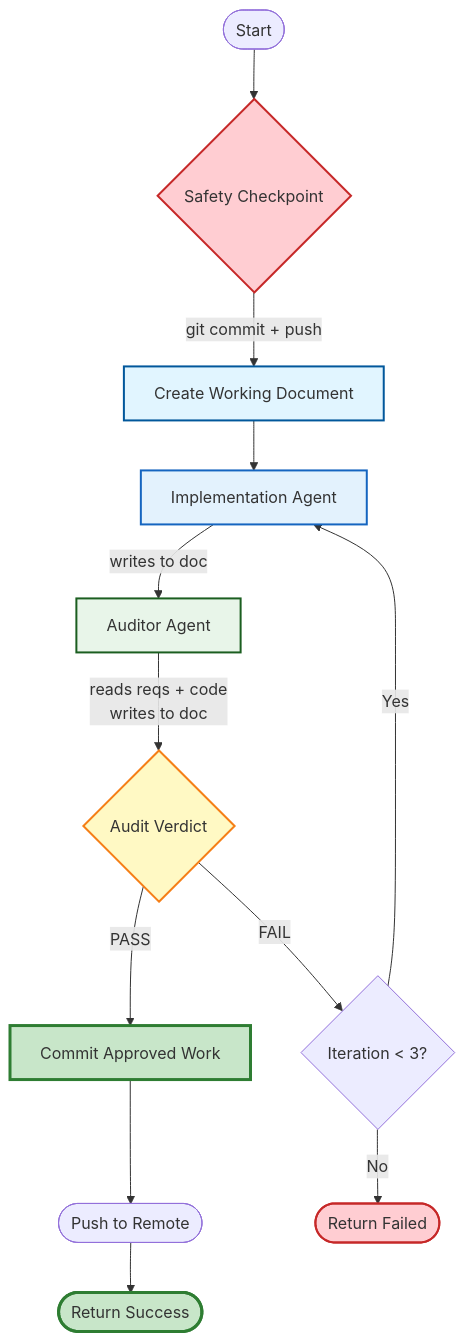
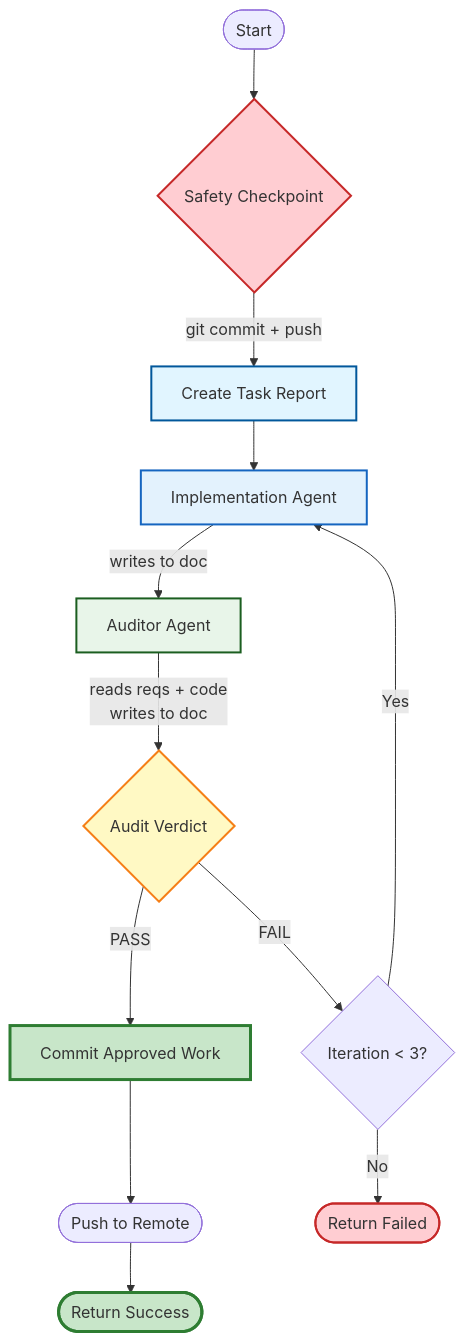
Before and after one commit to abcxyzx0099/datachat: the diagram in .claude/skills/task-worker/SKILL.md, drawn with Mermaid. The commit also changed other lines of this file and 3 other files, not shown here.

````diff
--- a/.claude/skills/task-worker/SKILL.md
+++ b/.claude/skills/task-worker/SKILL.md
@@ -12,28 +12,28 @@
 ```mermaid
 flowchart TD
     START([Start]) --> CHECKPOINT{Safety Checkpoint}
-    CHECKPOINT -->|git commit + push| CREATE[Create Working Document]
+    CHECKPOINT -->|git commit + push| CREATE[Create Task Report]
 
     CREATE --> IMPLEMENT[Implementation Agent]
     IMPLEMENT -->|writes to doc| AUDIT[Auditor Agent]
 
     AUDIT -->|reads reqs + code<br/>writes to doc| DECISION{Audit Verdict}
 
     DECISION -->|PASS| COMMIT[Commit Approved Work]
     DECISION -->|FAIL| COUNT{Iteration < 3?}
 
     COUNT -->|Yes| IMPLEMENT
     COUNT -->|No| RETURN([Return Failed])
 
     COMMIT --> PUSH([Push to Remote])
     PUSH --> DONE([Return Success])
 
     style CHECKPOINT fill:#ffcdd2,stroke:#c62828,stroke-width:2px
     style CREATE fill:#e1f5ff,stroke:#01579b,stroke-width:2px
     style IMPLEMENT fill:#e3f2fd,stroke:#1565c0,stroke-width:2px
     style AUDIT fill:#e8f5e9,stroke:#1b5e20,stroke-width:2px
     style DECISION fill:#fff9c4,stroke:#f57f17,stroke-width:2px
     style COMMIT fill:#c8e6c9,stroke:#2e7d32,stroke-width:3px
     style DONE fill:#c8e6c9,stroke:#2e7d32,stroke-width:3px
     style RETURN fill:#ffcdd2,stroke:#c62828,stroke-width:2px
 ```
````
